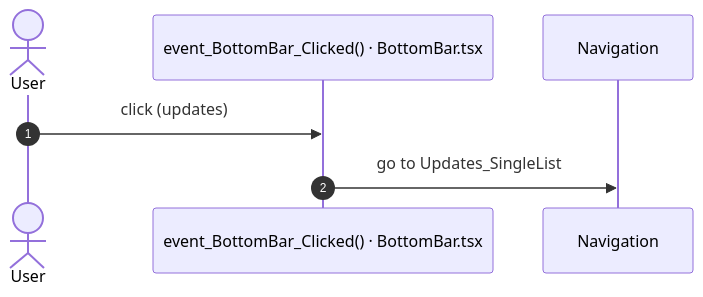
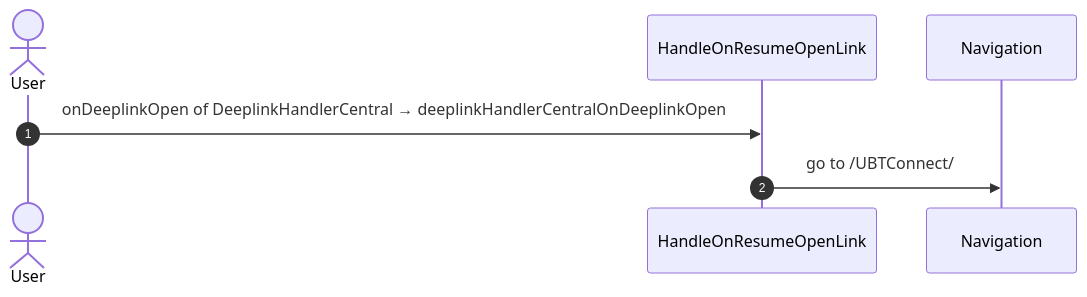
The sixth of 13 diagrams in migration/route-actions/APP_SHELL.md (Phoenix-DX/connect-new-ui), drawn with Mermaid before and after one commit. The commit also changed other lines of this file and 9 other files, not shown here.

Commit message:
route actions: facts only; user actions as two independent lists (OutSystems view bindings, React JSX bindings) with Mermaid sequences; factual call columns (direct caller, chains, React references); app shell by definition (survey shell, main.tsx code); constants read for React paths

````diff
--- a/migration/route-actions/APP_SHELL.md
+++ b/migration/route-actions/APP_SHELL.md
@@ -226,9 +175,9 @@
 ```mermaid
 sequenceDiagram
   autonumber
   actor U as User
-  participant H as event_BottomBar_Clicked() · BottomBar.tsx
+  participant B as HandleOnResumeOpenLink
   participant N as Navigation
-  U->>H: click (updates)
-  H->>N: go to Updates_SingleList
+  U->>B: onDeeplinkOpen of DeeplinkHandlerCentral → deeplinkHandlerCentralOnDeeplinkOpen
+  B->>N: go to /UBTConnect/
 ```
````
